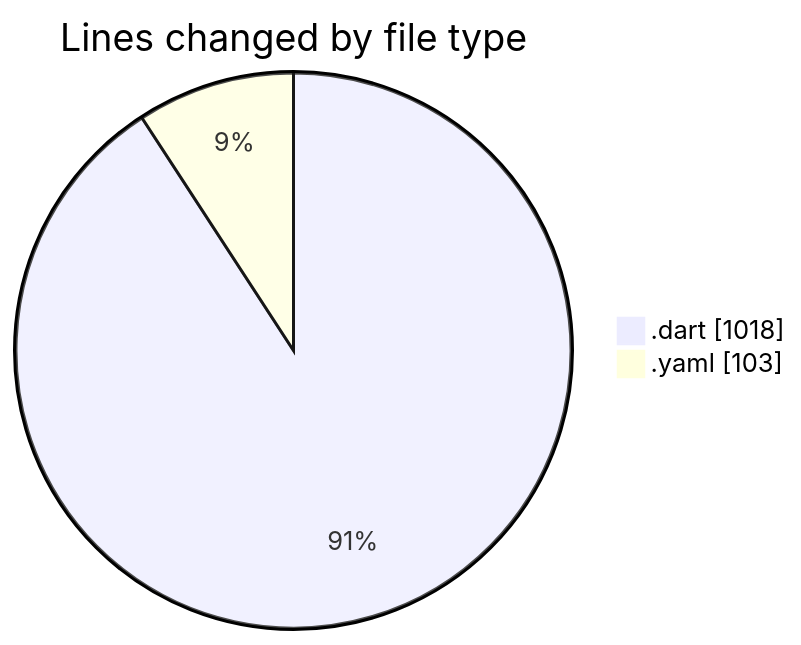
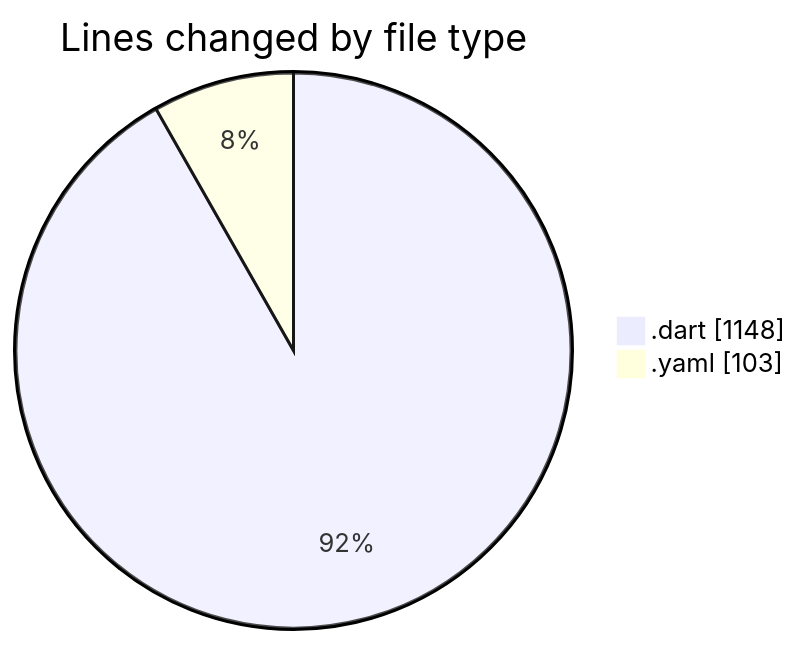
Before and after one commit to donsfak/code-tracking: the first of 2 diagrams in 2025-02-25/trackers_app/README.md, drawn with Mermaid. The commit also changed other lines of this file and 1 other file, not shown here.

````diff
--- a/2025-02-25/trackers_app/README.md
+++ b/2025-02-25/trackers_app/README.md
@@ -25,6 +25,6 @@
 ```mermaid
 pie showData
 title Lines changed by file type
-".dart" : 1018
+".dart" : 1148
 ".yaml" : 103
 ```
````
